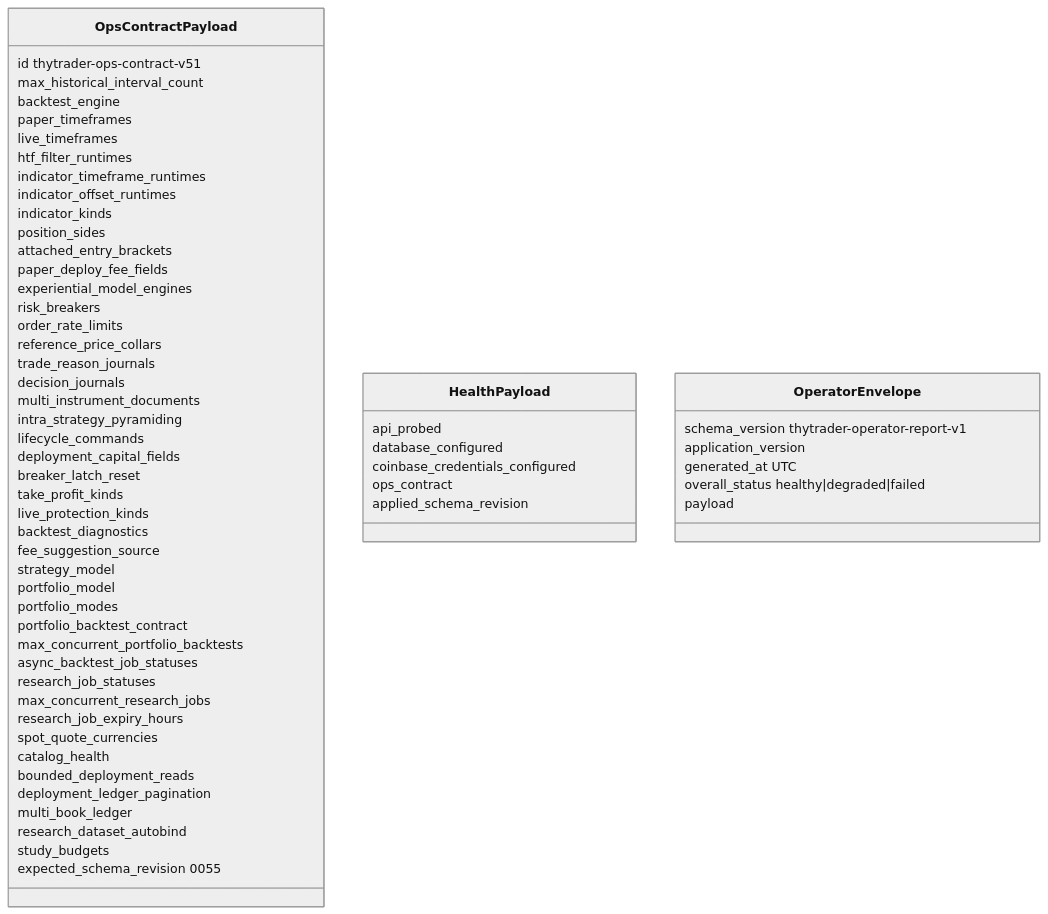
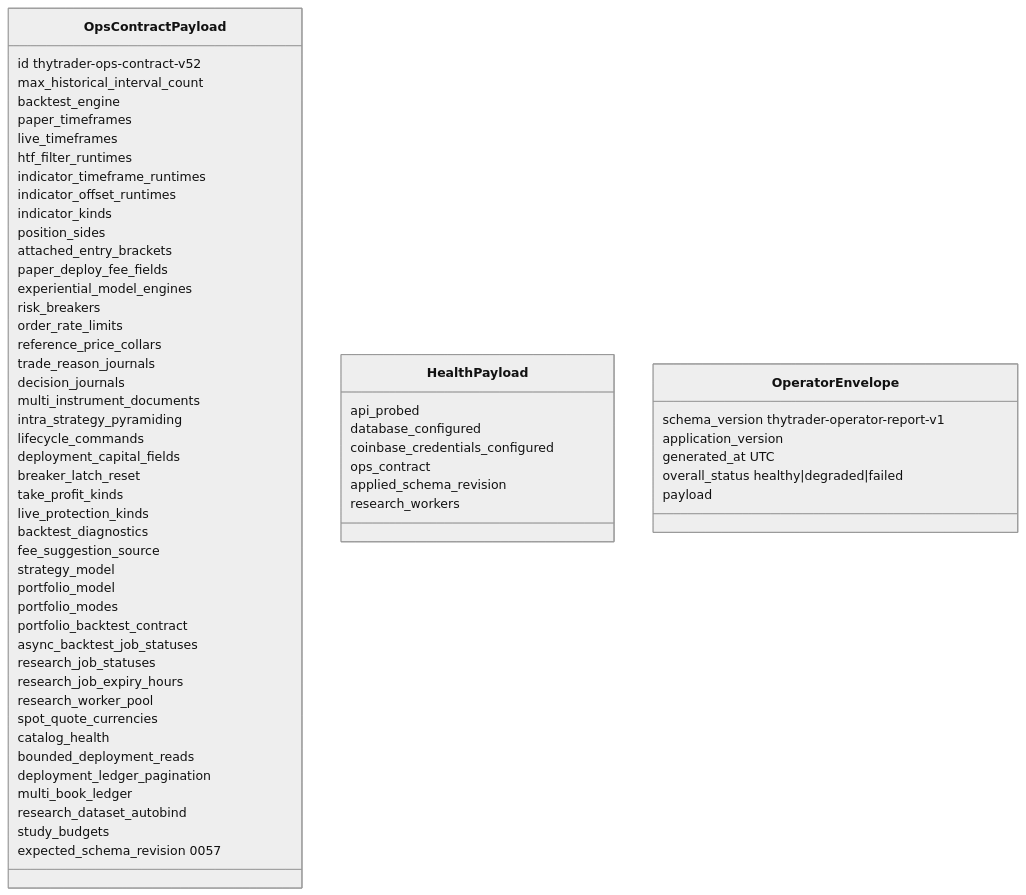
Before and after one commit to Zoltesh/thytrader: the diagram in docs/architecture/contracts/ops-contract.md, drawn with Mermaid (neutral theme). The commit also changed other lines of this file and 82 other files, not shown here.

````diff
--- a/docs/architecture/contracts/ops-contract.md
+++ b/docs/architecture/contracts/ops-contract.md
@@ -63,63 +62,63 @@
 ```mermaid
 classDiagram
   class OpsContractPayload {
-    id thytrader-ops-contract-v51
+    id thytrader-ops-contract-v52
     max_historical_interval_count
     backtest_engine
     paper_timeframes
     live_timeframes
     htf_filter_runtimes
     indicator_timeframe_runtimes
     indicator_offset_runtimes
     indicator_kinds
     position_sides
     attached_entry_brackets
     paper_deploy_fee_fields
     experiential_model_engines
     risk_breakers
     order_rate_limits
     reference_price_collars
     trade_reason_journals
     decision_journals
     multi_instrument_documents
     intra_strategy_pyramiding
     lifecycle_commands
     deployment_capital_fields
     breaker_latch_reset
     take_profit_kinds
     live_protection_kinds
     backtest_diagnostics
     fee_suggestion_source
     strategy_model
     portfolio_model
     portfolio_modes
     portfolio_backtest_contract
-    max_concurrent_portfolio_backtests
     async_backtest_job_statuses
     research_job_statuses
-    max_concurrent_research_jobs
     research_job_expiry_hours
+    research_worker_pool
     spot_quote_currencies
     catalog_health
     bounded_deployment_reads
     deployment_ledger_pagination
     multi_book_ledger
     research_dataset_autobind
     study_budgets
-    expected_schema_revision 0055
+    expected_schema_revision 0057
   }
   class HealthPayload {
     api_probed
     database_configured
     coinbase_credentials_configured
     ops_contract
     applied_schema_revision
+    research_workers
   }
   class OperatorEnvelope {
     schema_version thytrader-operator-report-v1
     application_version
     generated_at UTC
     overall_status healthy|degraded|failed
     payload
   }
 ```
````
